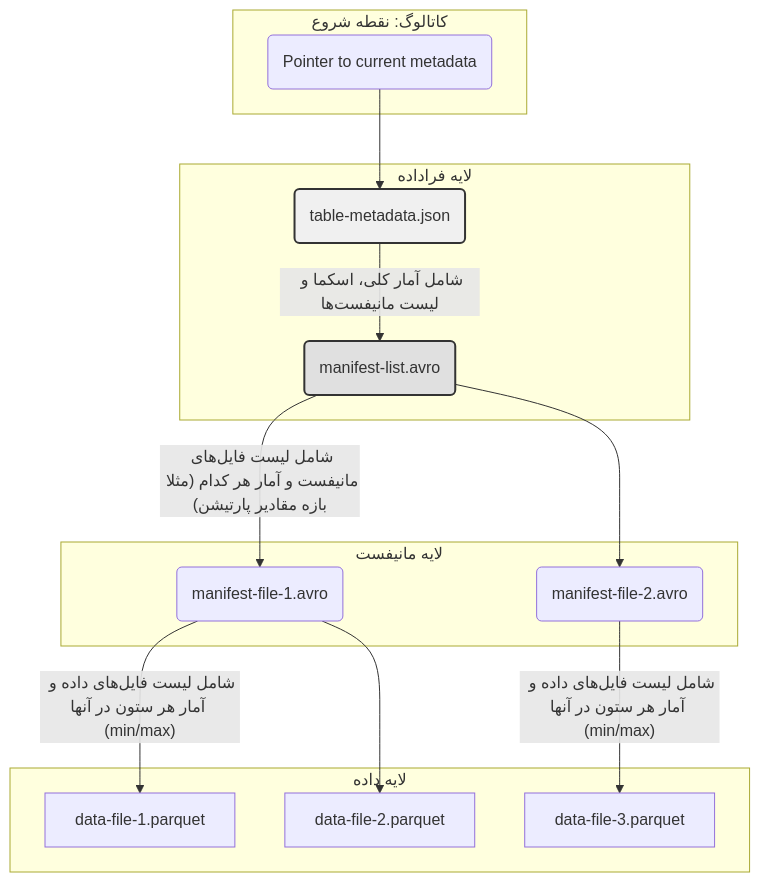
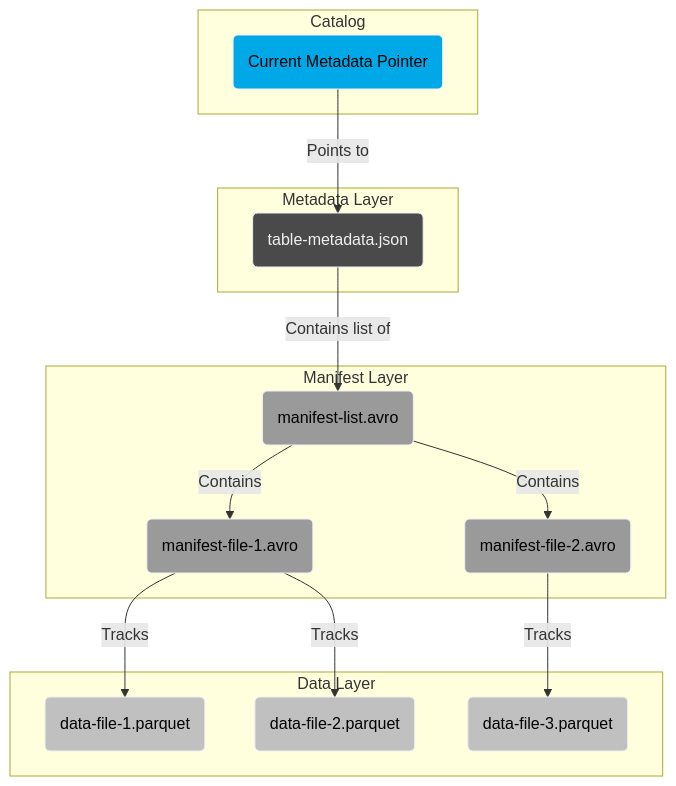
Before and after one commit to jonsonpaskal123/iceberg: the second of 6 diagrams in iceberg_explanation_fa.md, drawn with Mermaid. The commit also changed other lines of this file and 1 other file, not shown here.

First line of the commit message:
style(docs): Redesign all Mermaid diagrams with a modern theme

````diff
--- a/iceberg_explanation_fa.md
+++ b/iceberg_explanation_fa.md
@@ -84,34 +91,41 @@
     ```mermaid
-    graph TD
-        subgraph Catalog [کاتالوگ: نقطه شروع]
-            A(Pointer to current metadata)
-        end
+graph TD
+    classDef default fill:#2b2b2b,stroke:#f0f0f0,color:#f0f0f0;
+    classDef catalog fill:#00a8e8,stroke:#f0f0f0,color:#000;
+    classDef metadata fill:#4a4a4a,stroke:#f0f0f0,color:#f0f0f0;
+    classDef manifest fill:#9a9a9a,stroke:#f0f0f0,color:#000;
+    classDef data fill:#c0c0c0,stroke:#f0f0f0,color:#000;
 
-        subgraph Metadata Layer [لایه فراداده]
-            B(table-metadata.json)
-            B -- "شامل آمار کلی، اسکما و لیست مانیفست‌ها" --> C
-        end
-        
-        subgraph Manifest Layer [لایه مانیفست]
-            C(manifest-list.avro)
-            C -- "شامل لیست فایل‌های مانیفست و آمار هر کدام (مثلا بازه مقادیر پارتیشن)" --> D1
-            C --> D2
-            
-            D1(manifest-file-1.avro)
-            D2(manifest-file-2.avro)
-        end
+    subgraph Catalog
+        A(Current Metadata Pointer)
+    end
 
-        subgraph Data Layer [لایه داده]
-            D1 -- "شامل لیست فایل‌های داده و آمار هر ستون در آنها (min/max)" --> E1
-            D1 --> E2
-            D2 -- "شامل لیست فایل‌های داده و آمار هر ستون در آنها (min/max)" --> E3
-            
-            E1[data-file-1.parquet]
-            E2[data-file-2.parquet]
-            E3[data-file-3.parquet]
-        end
+    subgraph Metadata Layer
+        B(table-metadata.json)
+    end
+    
+    subgraph Manifest Layer
+        C(manifest-list.avro)
+        D1(manifest-file-1.avro)
+        D2(manifest-file-2.avro)
+    end
 
-        A --> B
-        style B fill:#f0f0f0,stroke:#333,stroke-width:2px,color:#333
-        style C fill:#e0e0e0,stroke:#333,stroke-width:2px,color:#333
-    ```
+    subgraph Data Layer
+        E1(data-file-1.parquet)
+        E2(data-file-2.parquet)
+        E3(data-file-3.parquet)
+    end
+
+    A -- Points to --> B
+    B -- Contains list of --> C
+    C -- Contains --> D1
+    C -- Contains --> D2
+    D1 -- Tracks --> E1
+    D1 -- Tracks --> E2
+    D2 -- Tracks --> E3
+
+    class A catalog;
+    class B metadata;
+    class C,D1,D2 manifest;
+    class E1,E2,E3 data;
+```
````
